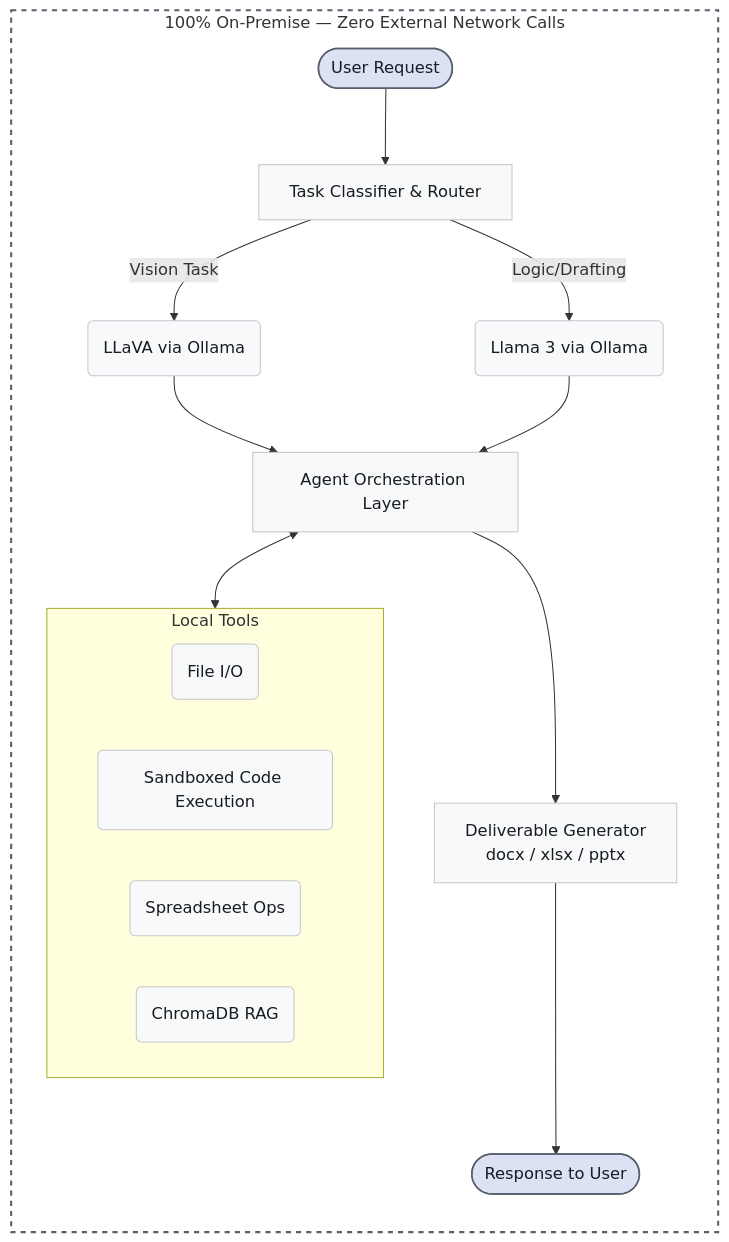
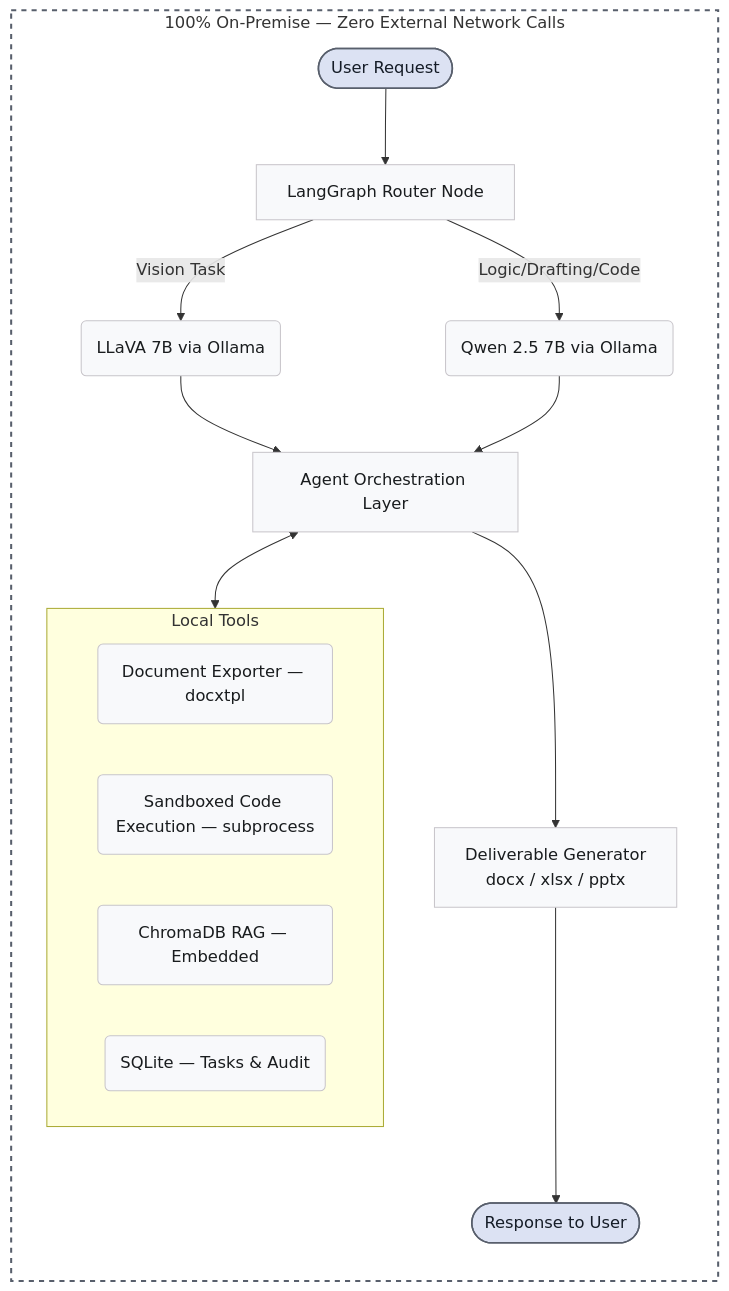
One commit to Shrexshth/GARUDA changed the first of 2 diagrams in README.md. Above: the diagram before and after it, drawn with Mermaid. The commit also changed other lines of this file and 42 other files, not shown here.

````diff
--- a/README.md
+++ b/README.md
@@ -57,32 +57,32 @@
 ```mermaid
 flowchart TD
     subgraph GAURDA["100% On-Premise — Zero External Network Calls"]
         direction TB
         
-        U([User Request]) --> R[Task Classifier & Router]
+        U([User Request]) --> R[LangGraph Router Node]
         
-        R --> |Vision Task| M1(LLaVA via Ollama)
-        R --> |Logic/Drafting| M2(Llama 3 via Ollama)
+        R --> |Vision Task| M1(LLaVA 7B via Ollama)
+        R --> |Logic/Drafting/Code| M2(Qwen 2.5 7B via Ollama)
         
         M1 & M2 --> A[Agent Orchestration Layer]
         
         subgraph Tools["Local Tools"]
             direction LR
-            T1(File I/O)
-            T2(Sandboxed Code Execution)
-            T3(Spreadsheet Ops)
-            T4(ChromaDB RAG)
+            T1(Document Exporter — docxtpl)
+            T2(Sandboxed Code Execution — subprocess)
+            T3(ChromaDB RAG — Embedded)
+            T4(SQLite — Tasks & Audit)
         end
         
         A <--> Tools
         A --> D[Deliverable Generator<br/>docx / xlsx / pptx]
         D --> Out([Response to User])
     end
     
     classDef default fill:#f8f9fb,stroke:#c8c5ca,stroke-width:1px,color:#191c1e
     classDef highlight fill:#dce2f3,stroke:#585f6c,stroke-width:1.5px,color:#151c27
     classDef boundary fill:transparent,stroke:#585f6c,stroke-width:2px,stroke-dasharray: 5 5
     
     class GAURDA boundary
     class U,Out highlight
 ```
````
